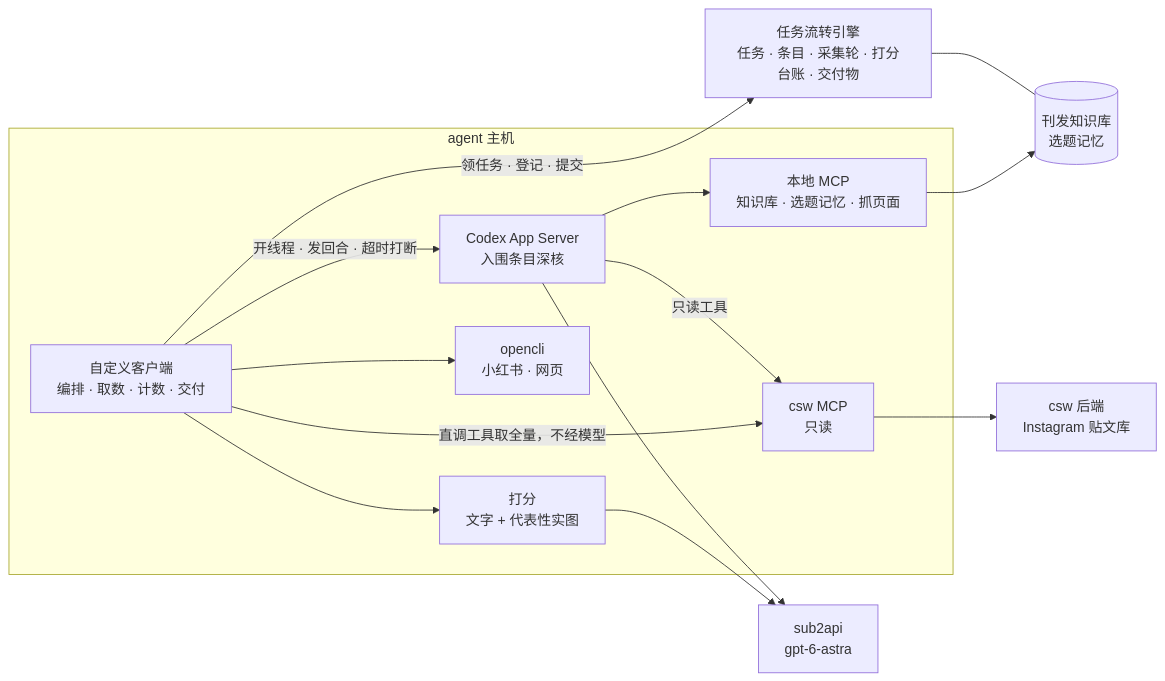
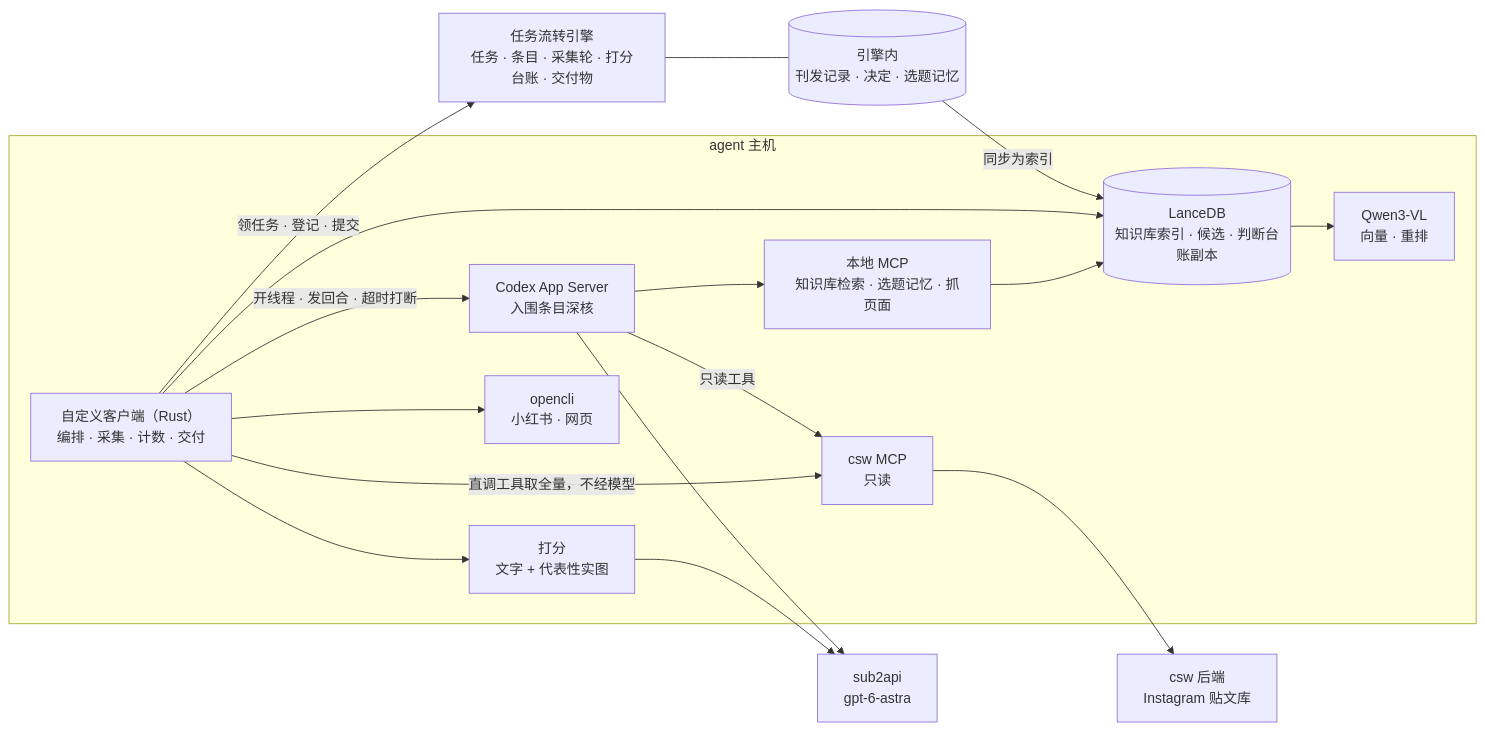
Before and after one commit to azure1489/csw-agent-team: the diagram in docs/情报收集员改造方案_概要版_20260919.md, drawn with Mermaid. The commit also changed other lines of this file and 7 other files, not shown here.

Commit message:
docs：技术栈定为 Rust 采集服务 + LanceDB + Qwen3-VL；改开发版、概要版、设计说明与设计图 1，流程确认稿加技术栈一节；接续记录 §28

````diff
--- a/docs/情报收集员改造方案_概要版_20260919.md
+++ b/docs/情报收集员改造方案_概要版_20260919.md
@@ -89,27 +89,32 @@
 ```mermaid
 flowchart LR
   subgraph HOST["agent 主机"]
-    C["自定义客户端<br/>编排 · 取数 · 计数 · 交付"]
+    C["自定义客户端（Rust）<br/>编排 · 采集 · 计数 · 交付"]
     S["打分<br/>文字 + 代表性实图"]
     X["Codex App Server<br/>入围条目深核"]
-    T["本地 MCP<br/>知识库 · 选题记忆 · 抓页面"]
+    T["本地 MCP<br/>知识库检索 · 选题记忆 · 抓页面"]
+    L[("LanceDB<br/>知识库索引 · 候选 · 判断台账副本")]
+    V["Qwen3-VL<br/>向量 · 重排"]
     M["csw MCP<br/>只读"]
     O["opencli<br/>小红书 · 网页"]
   end
   E["任务流转引擎<br/>任务 · 条目 · 采集轮 · 打分台账 · 交付物"]
-  K[("刊发知识库<br/>选题记忆")]
+  K[("引擎内<br/>刊发记录 · 决定 · 选题记忆")]
   P["sub2api<br/>gpt-6-astra"]
   B["csw 后端<br/>Instagram 贴文库"]
   C -- "领任务 · 登记 · 提交" --> E
   C -- "直调工具取全量，不经模型" --> M
   C --> S
   C -- "开线程 · 发回合 · 超时打断" --> X
   X --> T
   X -- "只读工具" --> M
-  T --> K
+  T --> L
+  C --> L
+  L --> V
+  K -- "同步为索引" --> L
   S --> P
   X --> P
   M --> B
   C --> O
   E --- K
 ```
````
